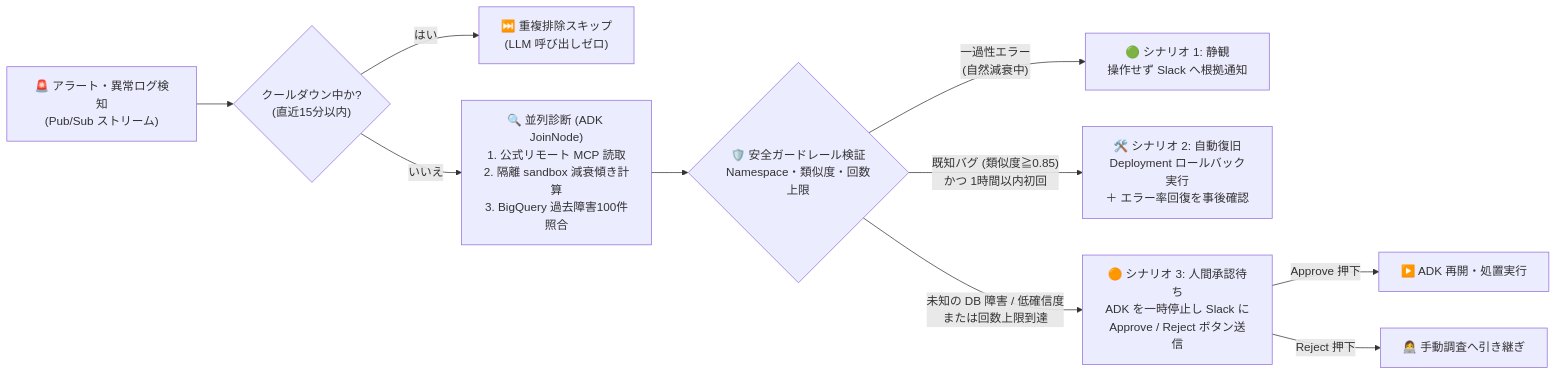
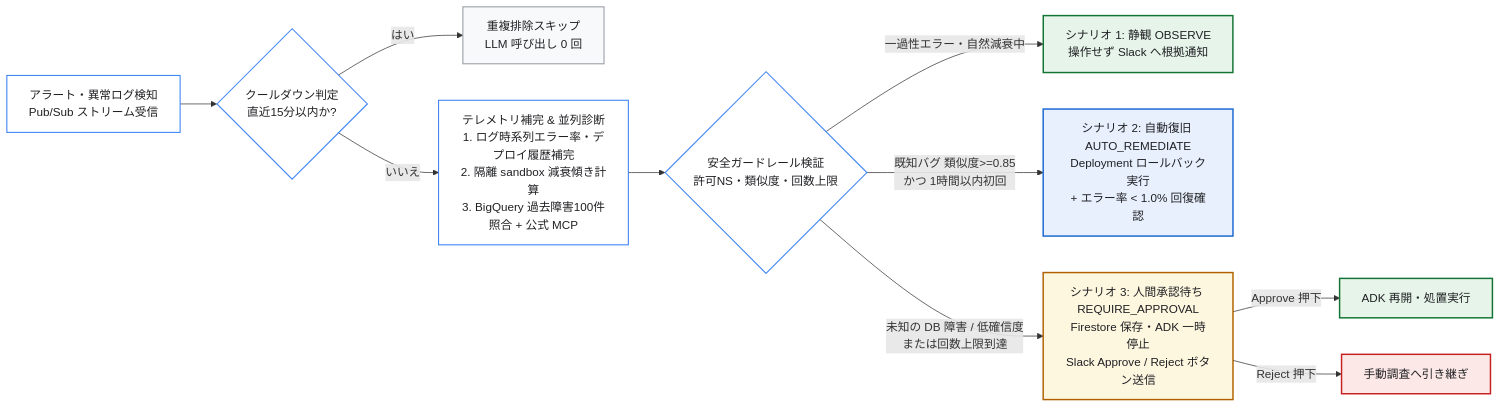
Before and after one commit to tyorikan/agentic-sre-handson: the first of 2 diagrams in docs/00-overview-and-architecture.md, drawn with Mermaid. The commit also changed other lines of this file and 26 other files, not shown here.

Commit message:
docs: プロダクトアイコン付き構成図・シーケンス図 PNG (全19図) の追加と折りたたみ Mermaid 定義の精緻化

````diff
--- a/docs/00-overview-and-architecture.md
+++ b/docs/00-overview-and-architecture.md
@@ -12,13 +17,26 @@
 ```mermaid
 flowchart LR
-    Alert["🚨 アラート・異常ログ検知<br/>(Pub/Sub ストリーム)"] --> Dedup{"クールダウン中か?<br/>(直近15分以内)"}
-    Dedup -->|"はい"| Skip["⏭️ 重複排除スキップ<br/>(LLM 呼び出しゼロ)"]
-    Dedup -->|"いいえ"| Parallel["🔍 並列診断 (ADK JoinNode)<br/>1. 公式リモート MCP 読取<br/>2. 隔離 sandbox 減衰傾き計算<br/>3. BigQuery 過去障害100件照合"]
-    Parallel --> Guard{"🛡️ 安全ガードレール検証<br/>Namespace・類似度・回数上限"}
+    Alert["アラート・異常ログ検知<br/>Pub/Sub ストリーム受信"] --> Dedup{"クールダウン判定<br/>直近15分以内か?"}
+    Dedup -->|"はい"| Skip["重複排除スキップ<br/>LLM 呼び出し 0 回"]
+    Dedup -->|"いいえ"| Parallel["テレメトリ補完 & 並列診断<br/>1. ログ時系列エラー率・デプロイ履歴補完<br/>2. 隔離 sandbox 減衰傾き計算<br/>3. BigQuery 過去障害100件照合 + 公式 MCP"]
+    Parallel --> Guard{"安全ガードレール検証<br/>許可NS・類似度・回数上限"}
 
-    Guard -->|"一過性エラー<br/>(自然減衰中)"| S1["🟢 シナリオ 1: 静観<br/>操作せず Slack へ根拠通知"]
-    Guard -->|"既知バグ (類似度≧0.85)<br/>かつ 1時間以内初回"| S2["🛠️ シナリオ 2: 自動復旧<br/>Deployment ロールバック実行<br/>＋ エラー率回復を事後確認"]
-    Guard -->|"未知の DB 障害 / 低確信度<br/>または回数上限到達"| S3["🟠 シナリオ 3: 人間承認待ち<br/>ADK を一時停止し Slack に<br/>Approve / Reject ボタン送信"]
-    S3 -->|"Approve 押下"| Resume["▶️ ADK 再開・処置実行"]
-    S3 -->|"Reject 押下"| Manual["👩‍💻 手動調査へ引き継ぎ"]
+    Guard -->|"一過性エラー・自然減衰中"| S1["シナリオ 1: 静観 OBSERVE<br/>操作せず Slack へ根拠通知"]
+    Guard -->|"既知バグ 類似度>=0.85<br/>かつ 1時間以内初回"| S2["シナリオ 2: 自動復旧 AUTO_REMEDIATE<br/>Deployment ロールバック実行<br/>+ エラー率 < 1.0% 回復確認"]
+    Guard -->|"未知の DB 障害 / 低確信度<br/>または回数上限到達"| S3["シナリオ 3: 人間承認待ち REQUIRE_APPROVAL<br/>Firestore 保存・ADK 一時停止<br/>Slack Approve / Reject ボタン送信"]
+    S3 -->|"Approve 押下"| Resume["ADK 再開・処置実行"]
+    S3 -->|"Reject 押下"| Manual["手動調査へ引き継ぎ"]
+
+    classDef base fill:#ffffff,stroke:#4285F4,stroke-width:1.5px,color:#202124;
+    classDef mute fill:#f8f9fa,stroke:#9aa0a6,stroke-width:1.5px,color:#202124;
+    classDef ok fill:#e6f4ea,stroke:#137333,stroke-width:2px,color:#202124;
+    classDef auto fill:#e8f0fe,stroke:#1967d2,stroke-width:2px,color:#202124;
+    classDef hitl fill:#fef7e0,stroke:#b06000,stroke-width:2px,color:#202124;
+    classDef warn fill:#fce8e6,stroke:#c5221f,stroke-width:2px,color:#202124;
+    class Alert,Dedup,Parallel,Guard base;
+    class Skip mute;
+    class S1,Resume ok;
+    class S2 auto;
+    class S3 hitl;
+    class Manual warn;
 ```
````
